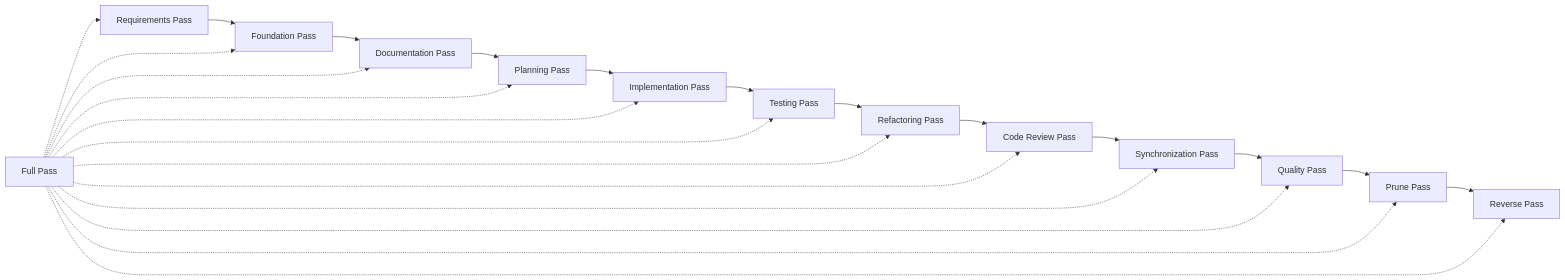
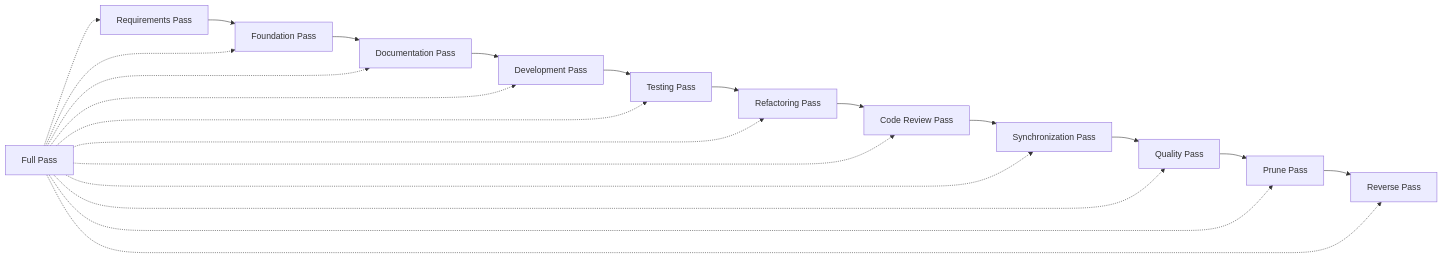
Before and after one commit to ningsuhen/agent3d: the third of 7 diagrams in docs/HIGH-LEVEL-DESIGN.md, drawn with Mermaid. The commit also changed other lines of this file and 10 other files, not shown here.

````diff
--- a/docs/HIGH-LEVEL-DESIGN.md
+++ b/docs/HIGH-LEVEL-DESIGN.md
@@ -48,27 +48,25 @@
 ```mermaid
 graph LR
     A[Requirements Pass] --> B[Foundation Pass]
     B --> C[Documentation Pass]
-    C --> CP[Planning Pass]
-    CP --> D[Implementation Pass]
+    C --> D[Development Pass]
     D --> E[Testing Pass]
     E --> F[Refactoring Pass]
     F --> G[Code Review Pass]
     G --> H[Synchronization Pass]
     H --> I[Quality Pass]
     I --> J[Prune Pass]
     J --> K[Reverse Pass]
 
     L[Full Pass] -.-> A
     L -.-> B
     L -.-> C
-    L -.-> CP
     L -.-> D
     L -.-> E
     L -.-> F
     L -.-> G
     L -.-> H
     L -.-> I
     L -.-> J
     L -.-> K
 ```
````
